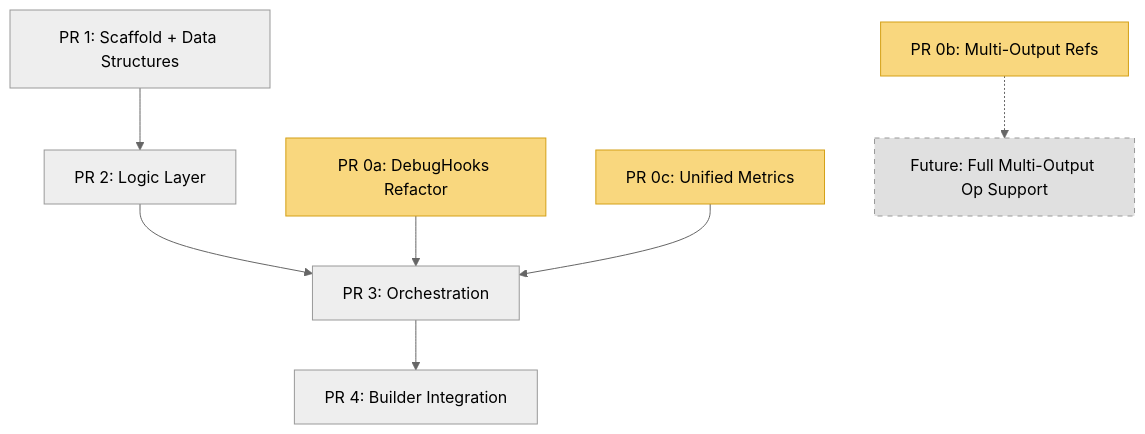
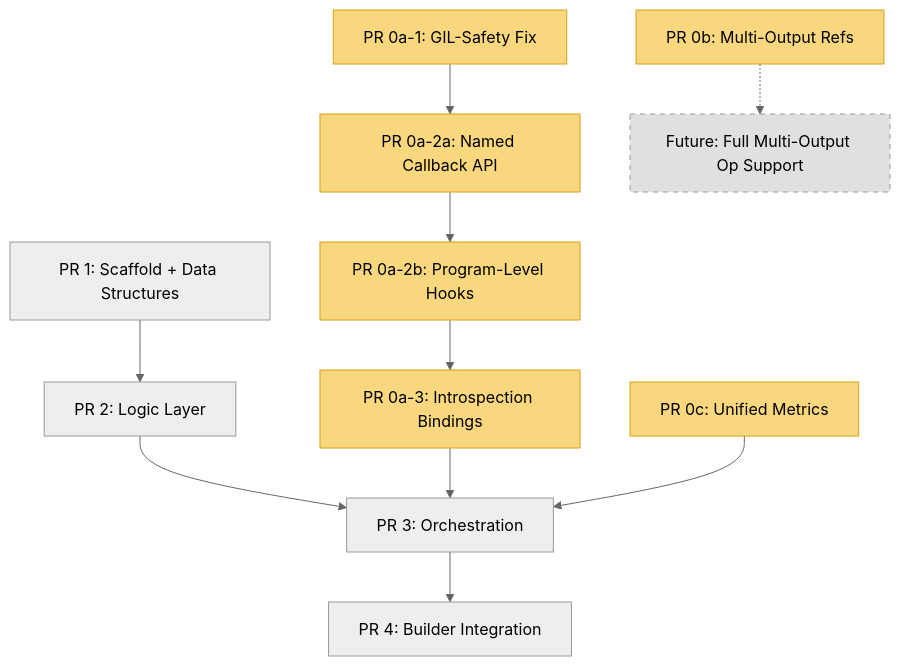
The diagram in tools/chisel/docs/implementation_plan.md (tenstorrent/tt-mlir), drawn with Mermaid (neutral theme) before and after one commit. The commit also changed other lines of this file and 1 other file, not shown here.

````diff
--- a/tools/chisel/docs/implementation_plan.md
+++ b/tools/chisel/docs/implementation_plan.md
@@ -35,14 +36,20 @@
 ```mermaid
 graph TD
+    PR0a1["PR 0a-1: GIL-Safety Fix"] --> PR0a2a["PR 0a-2a: Named Callback API"]
+    PR0a2a --> PR0a2b["PR 0a-2b: Program-Level Hooks"]
+    PR0a2b --> PR0a3["PR 0a-3: Introspection Bindings"]
     PR1["PR 1: Scaffold + Data Structures"] --> PR2["PR 2: Logic Layer"]
     PR2 --> PR3["PR 3: Orchestration"]
-    PR0a["PR 0a: DebugHooks Refactor"] --> PR3
+    PR0a3 --> PR3
     PR0c["PR 0c: Unified Metrics"] --> PR3
     PR3 --> PR4["PR 4: Builder Integration"]
     PR0b["PR 0b: Multi-Output Refs"] -.-> Future["Future: Full Multi-Output Op Support"]
 
-    style PR0a fill:#f9d77e,stroke:#d4a017
+    style PR0a1 fill:#f9d77e,stroke:#d4a017
+    style PR0a2a fill:#f9d77e,stroke:#d4a017
+    style PR0a2b fill:#f9d77e,stroke:#d4a017
+    style PR0a3 fill:#f9d77e,stroke:#d4a017
     style PR0b fill:#f9d77e,stroke:#d4a017
     style PR0c fill:#f9d77e,stroke:#d4a017
     style Future fill:#e0e0e0,stroke:#999,stroke-dasharray: 5 5
 ```
````
